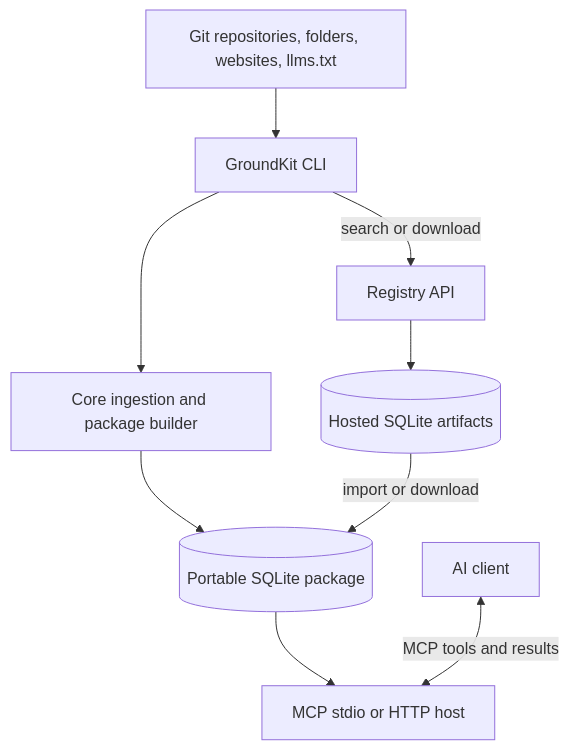
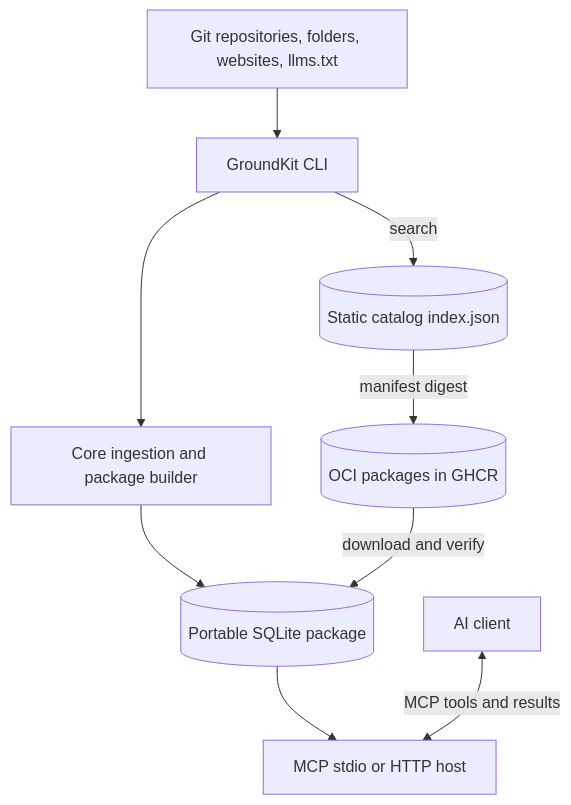
Before and after one commit to mehdihadeli/ContextKit: the second of 4 diagrams in docs/guide/architecture.md, drawn with Mermaid. The commit also changed other lines of this file and 5 other files, not shown here.

````diff
--- a/docs/guide/architecture.md
+++ b/docs/guide/architecture.md
@@ -55,20 +55,20 @@
 ```mermaid
 flowchart TB
   sources[Git repositories, folders, websites, llms.txt]
   cli[GroundKit CLI]
   ingestion[Core ingestion and package builder]
   local[(Portable SQLite package)]
-  registry[Registry API]
-  hosted[(Hosted SQLite artifacts)]
+  catalog[(Static catalog index.json)]
+  oci[(OCI packages in GHCR)]
   mcp[MCP stdio or HTTP host]
   ai[AI client]
 
   sources --> cli
   cli --> ingestion
   ingestion --> local
-  cli -->|search or download| registry
-  registry --> hosted
-  hosted -->|import or download| local
+  cli -->|search| catalog
+  catalog -->|manifest digest| oci
+  oci -->|download and verify| local
   local --> mcp
   ai <-->|MCP tools and results| mcp
 ```
````
